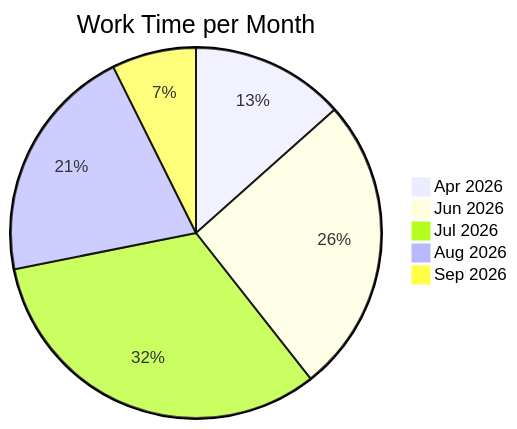
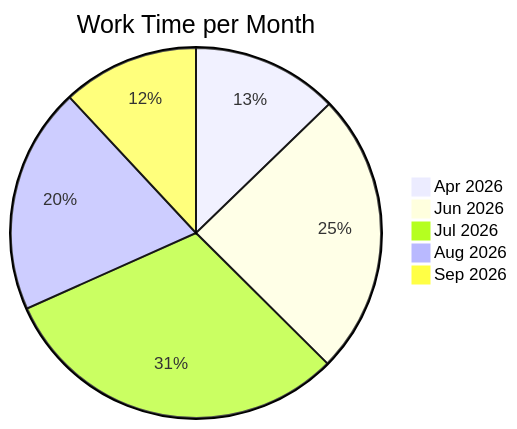
Before and after one commit to notWetro/time-tracker: the diagram in README.md, drawn with Mermaid. The commit also changed other lines of this file and 1 other file, not shown here.

Commit message:
updated worktime

````diff
--- a/README.md
+++ b/README.md
@@ -13,9 +13,9 @@
 ```mermaid
 pie
     title Work Time per Month
     "Apr 2026" : 3.1
     "Jun 2026" : 6.0
     "Jul 2026" : 7.5
     "Aug 2026" : 4.8
-    "Sep 2026" : 1.7
+    "Sep 2026" : 2.9
 ```
````
